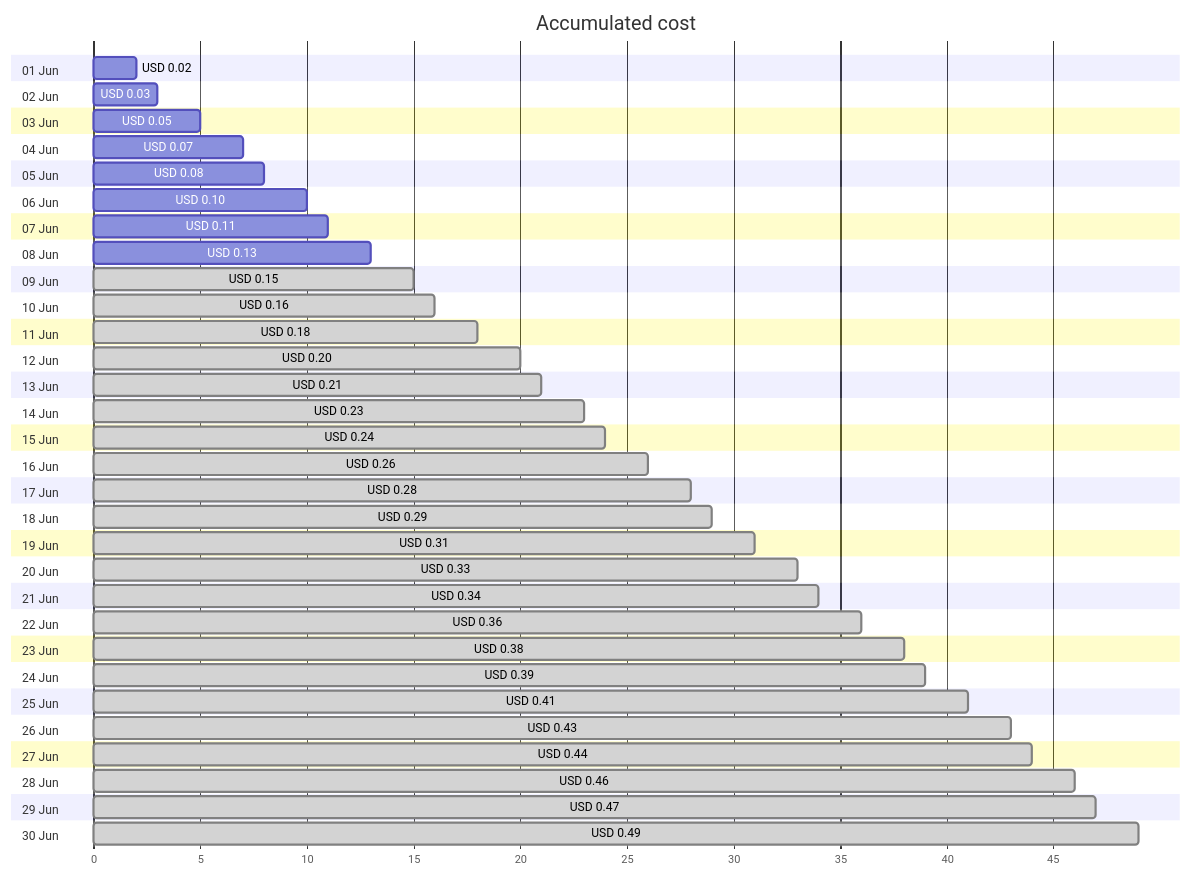
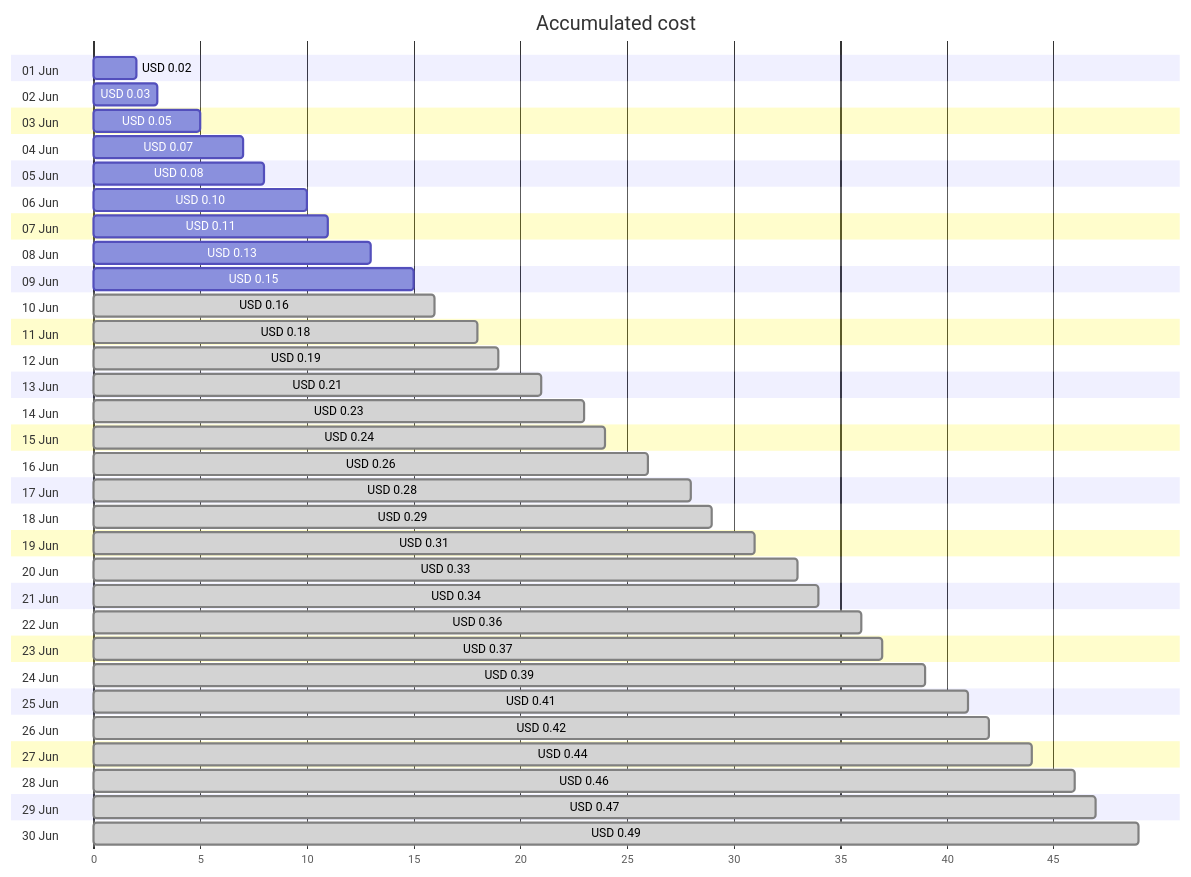
The first of 4 diagrams in cost-reports/personal-dns/jpatrickfulton.com.md (jpfulton/azure-personal-reports), drawn with Mermaid before and after one commit. The commit also changed other lines of this file and 2 other files, not shown here.

````diff
--- a/cost-reports/personal-dns/jpatrickfulton.com.md
+++ b/cost-reports/personal-dns/jpatrickfulton.com.md
@@ -20,66 +20,66 @@
 ```mermaid
 gantt
    title Accumulated cost
    dateFormat  X
    axisFormat %s
    section 01 Jun
    USD 0.02 :0, 2
    section 02 Jun
    USD 0.03 :0, 3
    section 03 Jun
    USD 0.05 :0, 5
    section 04 Jun
    USD 0.07 :0, 7
    section 05 Jun
    USD 0.08 :0, 8
    section 06 Jun
    USD 0.10 :0, 10
    section 07 Jun
    USD 0.11 :0, 11
    section 08 Jun
    USD 0.13 :0, 13
    section 09 Jun
-   USD 0.15 : done, 0, 15
+   USD 0.15 :0, 15
    section 10 Jun
    USD 0.16 : done, 0, 16
    section 11 Jun
    USD 0.18 : done, 0, 18
    section 12 Jun
-   USD 0.20 : done, 0, 20
+   USD 0.19 : done, 0, 19
    section 13 Jun
    USD 0.21 : done, 0, 21
    section 14 Jun
    USD 0.23 : done, 0, 23
    section 15 Jun
    USD 0.24 : done, 0, 24
    section 16 Jun
    USD 0.26 : done, 0, 26
    section 17 Jun
    USD 0.28 : done, 0, 28
    section 18 Jun
    USD 0.29 : done, 0, 29
    section 19 Jun
    USD 0.31 : done, 0, 31
    section 20 Jun
    USD 0.33 : done, 0, 33
    section 21 Jun
    USD 0.34 : done, 0, 34
    section 22 Jun
    USD 0.36 : done, 0, 36
    section 23 Jun
-   USD 0.38 : done, 0, 38
+   USD 0.37 : done, 0, 37
    section 24 Jun
    USD 0.39 : done, 0, 39
    section 25 Jun
    USD 0.41 : done, 0, 41
    section 26 Jun
-   USD 0.43 : done, 0, 43
+   USD 0.42 : done, 0, 42
    section 27 Jun
    USD 0.44 : done, 0, 44
    section 28 Jun
    USD 0.46 : done, 0, 46
    section 29 Jun
    USD 0.47 : done, 0, 47
    section 30 Jun
    USD 0.49 : done, 0, 49
 ```
````
